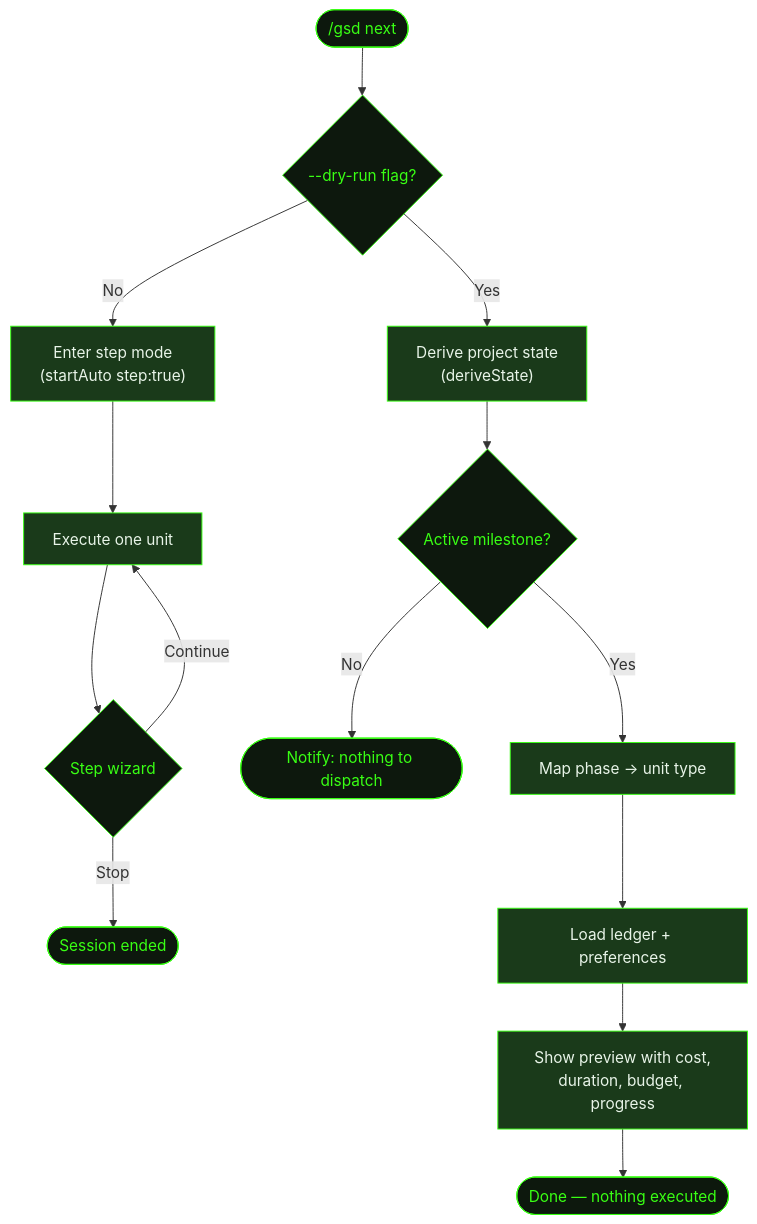
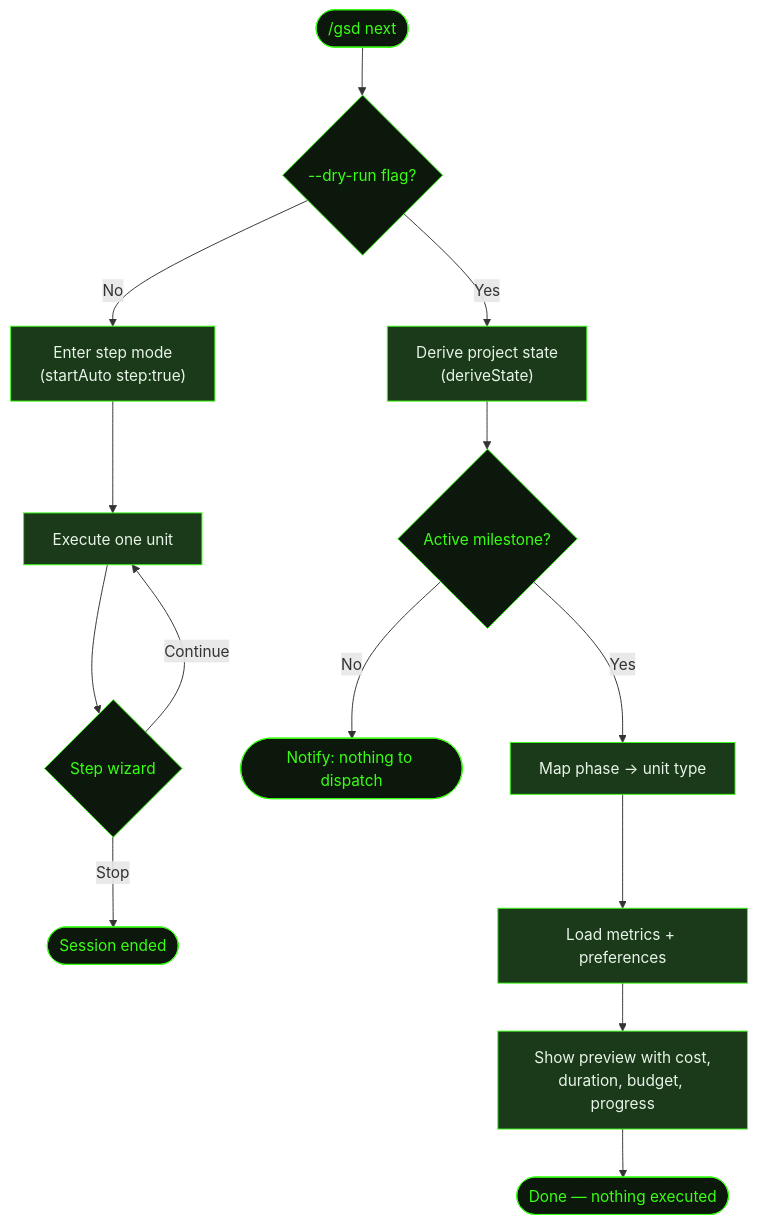
The diagram in src/content/docs/commands/next.mdx (shusha-group/gsd2-guide), drawn with Mermaid before and after one commit. The commit also changed other lines of this file and 79 other files, not shown here.

````diff
--- a/src/content/docs/commands/next.mdx
+++ b/src/content/docs/commands/next.mdx
@@ -33,30 +33,30 @@
 ```mermaid
 flowchart TD
     Start(["/gsd next"]) --> DryRun{"--dry-run flag?"}
     DryRun -->|Yes| DeriveState["Derive project state\n(deriveState)"]
     DryRun -->|No| StepMode["Enter step mode\n(startAuto step:true)"]
     StepMode --> Execute["Execute one unit"]
     Execute --> Wizard{"Step wizard"}
     Wizard -->|Continue| Execute
     Wizard -->|Stop| Done(["Session ended"])
     DeriveState --> NoMilestone{"Active milestone?"}
     NoMilestone -->|No| Noop(["Notify: nothing to dispatch"])
     NoMilestone -->|Yes| MapPhase["Map phase → unit type"]
-    MapPhase --> LoadMetrics["Load ledger + preferences"]
+    MapPhase --> LoadMetrics["Load metrics + preferences"]
     LoadMetrics --> Preview["Show preview with cost,\nduration, budget, progress"]
     Preview --> Exit(["Done — nothing executed"])
 
     style Start fill:#0d180d,stroke:#39ff14,color:#39ff14
     style DryRun fill:#0d180d,stroke:#39ff14,color:#39ff14
     style Wizard fill:#0d180d,stroke:#39ff14,color:#39ff14
     style NoMilestone fill:#0d180d,stroke:#39ff14,color:#39ff14
     style DeriveState fill:#1a3a1a,stroke:#39ff14,color:#e8f4e8
     style MapPhase fill:#1a3a1a,stroke:#39ff14,color:#e8f4e8
     style LoadMetrics fill:#1a3a1a,stroke:#39ff14,color:#e8f4e8
     style Preview fill:#1a3a1a,stroke:#39ff14,color:#e8f4e8
     style StepMode fill:#1a3a1a,stroke:#39ff14,color:#e8f4e8
     style Execute fill:#1a3a1a,stroke:#39ff14,color:#e8f4e8
     style Done fill:#0d180d,stroke:#39ff14,color:#39ff14
     style Exit fill:#0d180d,stroke:#39ff14,color:#39ff14
     style Noop fill:#0d180d,stroke:#39ff14,color:#39ff14
 ```
````
